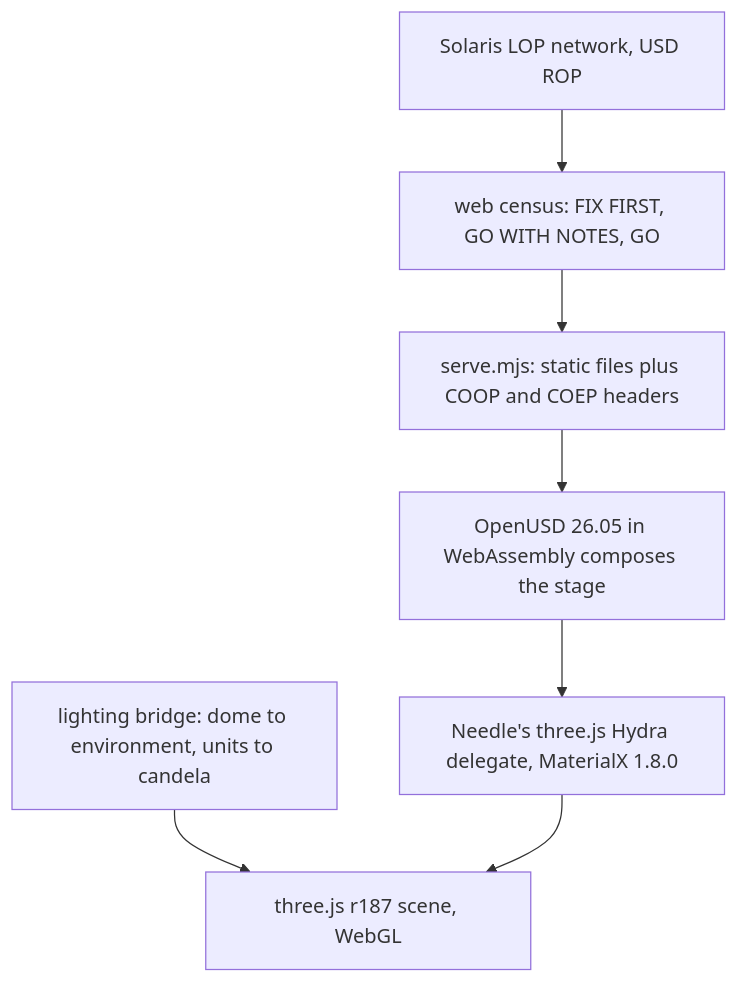
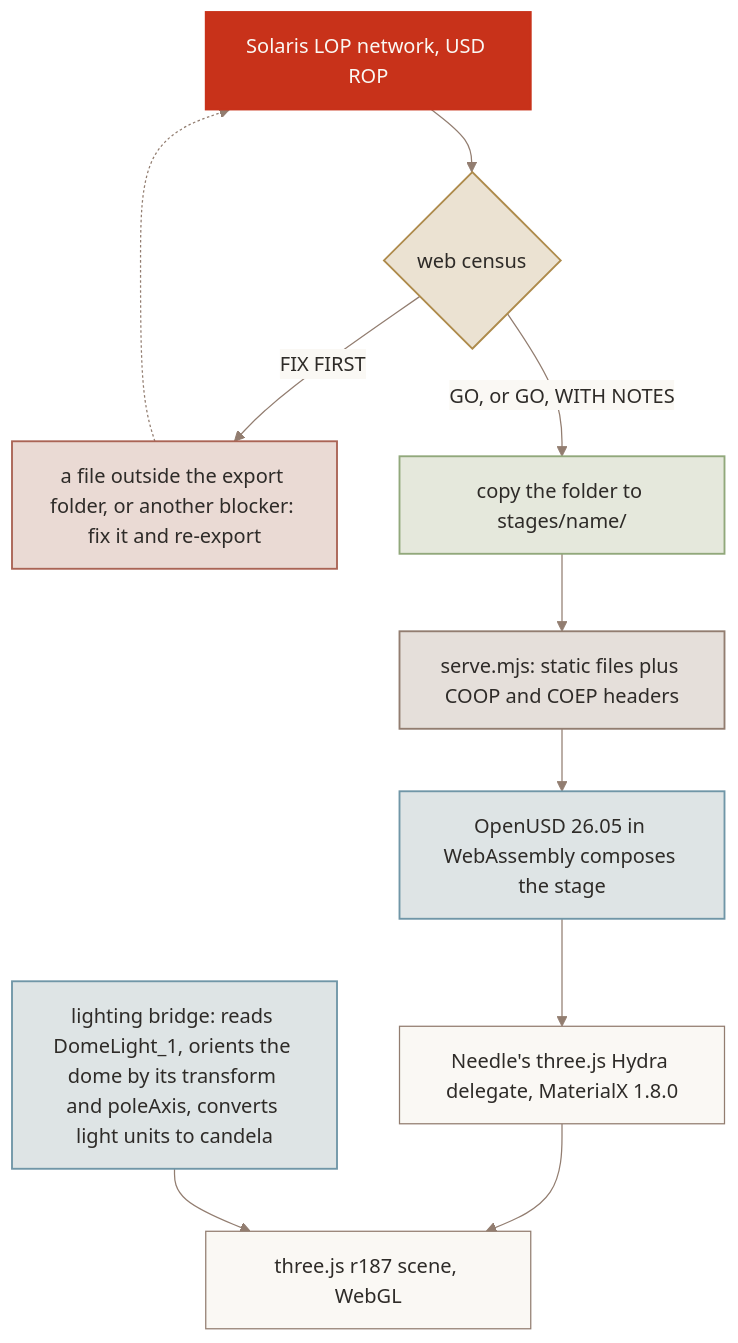
The diagram in README.md (JosephOIbrahim/Solaris-to-Three.js), drawn with Mermaid before and after one commit. The commit also changed other lines of this file and 1 other file, not shown here.

````diff
--- a/README.md
+++ b/README.md
@@ -46,9 +85,19 @@
 ```mermaid
+%%{init: {"theme": "base", "themeVariables": {"fontFamily": "Archivo, BlinkMacSystemFont, Segoe UI, Roboto, Helvetica Neue, Helvetica, Arial, Noto Sans, Liberation Sans, DejaVu Sans", "fontSize": "16px", "primaryColor": "#FAF8F4", "primaryTextColor": "#2E2B28", "primaryBorderColor": "#927D70", "secondaryColor": "#F1ECE4", "tertiaryColor": "#F1ECE4", "lineColor": "#927D70", "arrowheadColor": "#927D70", "textColor": "#83776D", "nodeTextColor": "#2E2B28", "clusterBkg": "#F1ECE4", "clusterBorder": "#927D70", "titleColor": "#2E2B28", "edgeLabelBackground": "#FAF8F4", "noteBkgColor": "#F1ECE4", "noteTextColor": "#2E2B28", "noteBorderColor": "#927D70"}}}%%
 flowchart TB
-  rop["Solaris LOP network, USD ROP"] --> census["web census: FIX FIRST, GO WITH NOTES, GO"]
-  census --> server["serve.mjs: static files plus COOP and COEP headers"]
-  server --> usd["OpenUSD 26.05 in WebAssembly composes the stage"]
+  rop["Solaris LOP network, USD ROP"]:::accent --> census{"web census"}:::ochre
+  census -->|FIX FIRST| fix["a file outside the export folder, or another blocker: fix it and re-export"]:::clay
+  fix -.-> rop
+  census -->|"GO, or GO, WITH NOTES"| copy["copy the folder to stages/name/"]:::moss
+  copy --> server["serve.mjs: static files plus COOP and COEP headers"]:::umber
+  server --> usd["OpenUSD 26.05 in WebAssembly composes the stage"]:::stone
   usd --> delegate["Needle's three.js Hydra delegate, MaterialX 1.8.0"]
-  bridge["lighting bridge: dome to environment, units to candela"] --> scene
   delegate --> scene["three.js r187 scene, WebGL"]
+  bridge["lighting bridge: reads DomeLight_1, orients the dome by its transform and poleAxis, converts light units to candela"]:::stone --> scene
+  classDef stone fill:#DEE4E5,stroke:#7096A7,stroke-width:1.5px,color:#2E2B28
+  classDef moss fill:#E5E8DC,stroke:#91A87B,stroke-width:1.5px,color:#2E2B28
+  classDef ochre fill:#EBE2D2,stroke:#AE8B4C,stroke-width:1.5px,color:#2E2B28
+  classDef clay fill:#EADAD4,stroke:#AA6455,stroke-width:1.5px,color:#2E2B28
+  classDef umber fill:#E5DFDA,stroke:#927D70,stroke-width:1.5px,color:#2E2B28
+  classDef accent fill:#C8321A,stroke:#C8321A,stroke-width:1.5px,color:#FAF8F4
 ```
````
